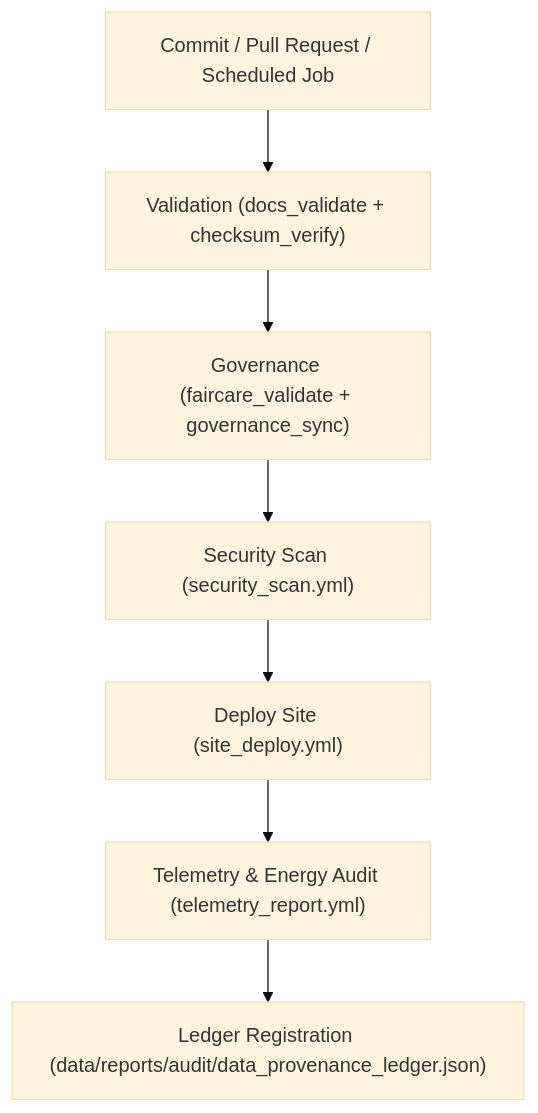
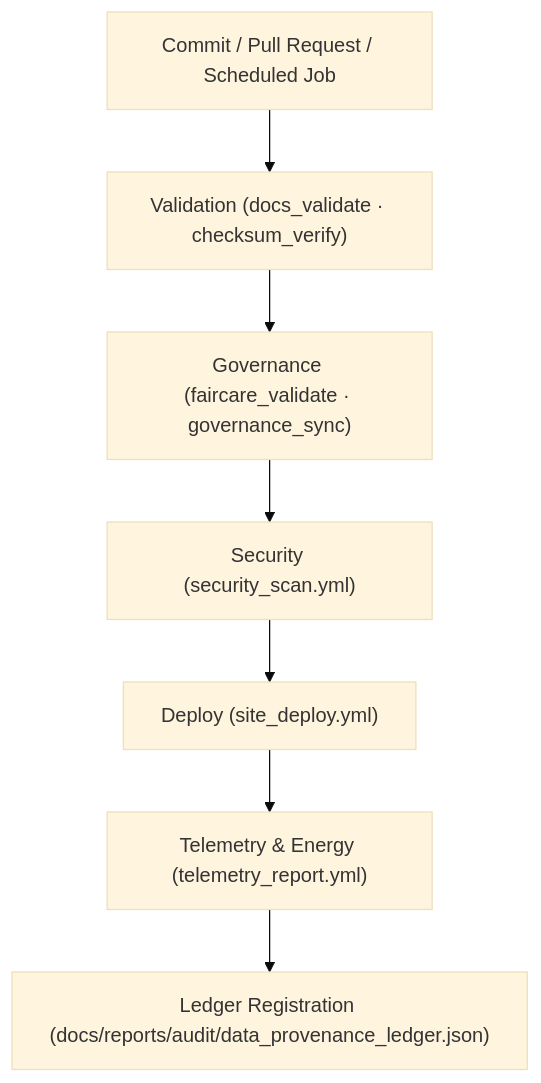
Before and after one commit to bartytime4life/Kansas-Frontier-Matrix: the diagram in tools/ci/README.md, drawn with Mermaid (base theme). The commit also changed other lines of this file, not shown here.

````diff
--- a/tools/ci/README.md
+++ b/tools/ci/README.md
@@ -62,9 +62,9 @@
 ```mermaid
 flowchart TD
-    A["Commit / Pull Request / Scheduled Job"] --> B["Validation (docs_validate + checksum_verify)"]
-    B --> C["Governance (faircare_validate + governance_sync)"]
-    C --> D["Security Scan (security_scan.yml)"]
-    D --> E["Deploy Site (site_deploy.yml)"]
-    E --> F["Telemetry & Energy Audit (telemetry_report.yml)"]
-    F --> G["Ledger Registration (data/reports/audit/data_provenance_ledger.json)"]
+    A["Commit / Pull Request / Scheduled Job"] --> B["Validation (docs_validate · checksum_verify)"]
+    B --> C["Governance (faircare_validate · governance_sync)"]
+    C --> D["Security (security_scan.yml)"]
+    D --> E["Deploy (site_deploy.yml)"]
+    E --> F["Telemetry & Energy (telemetry_report.yml)"]
+    F --> G["Ledger Registration (docs/reports/audit/data_provenance_ledger.json)"]
 ```
````
